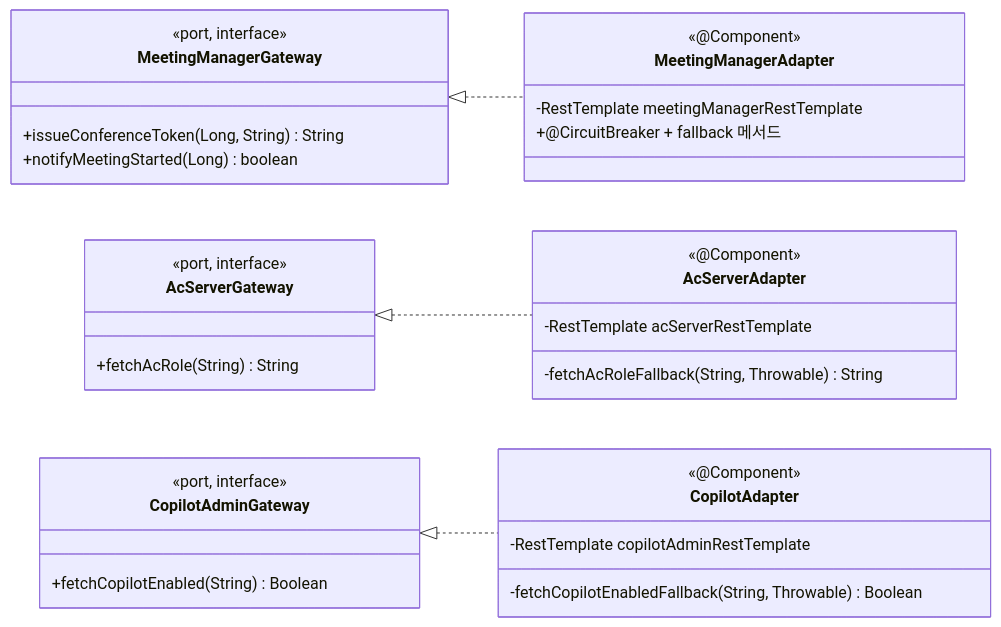
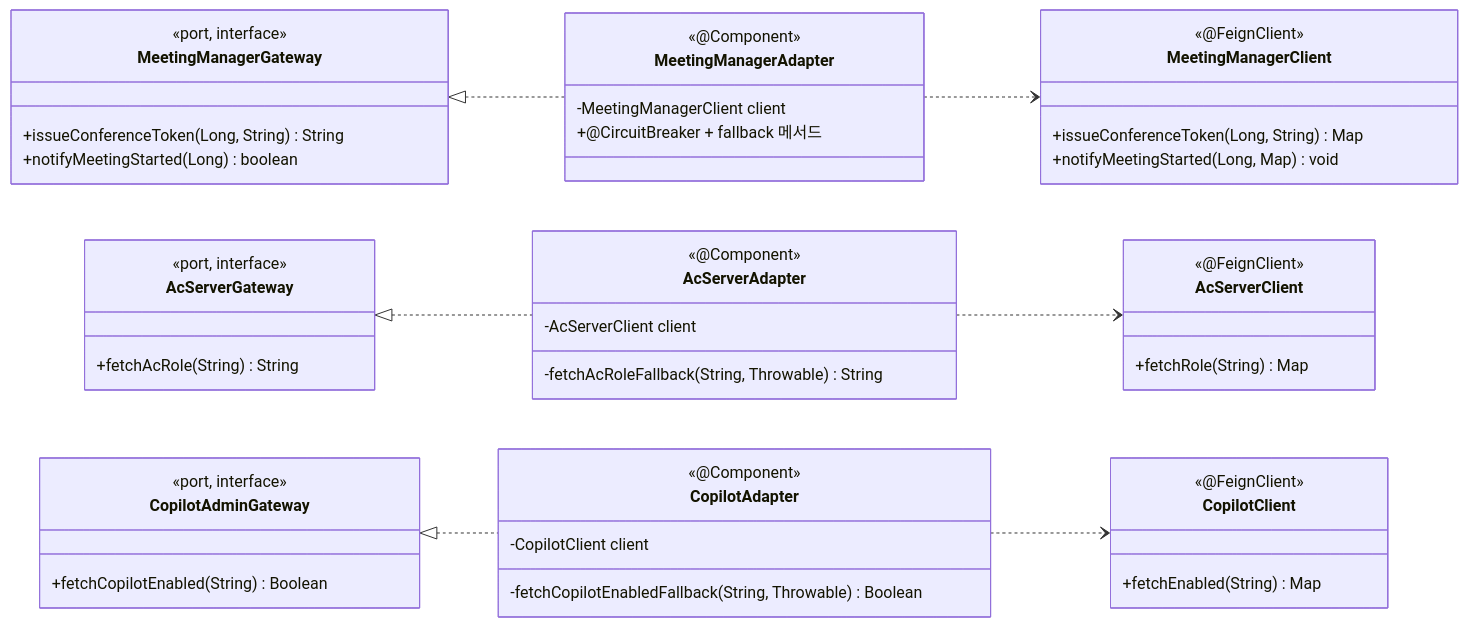
One commit to sujinnkim/A_Personal changed the diagram in docs/05-architecture-design/4.2-execution/4.2.2-module-view/4.2.2.4-integration.md. Above: the diagram before and after it, drawn with Mermaid. The commit also changed other lines of this file and 25 other files, not shown here.

First line of the commit message:
refactor: 외부 호출 RestTemplate → Feign 전면 정합 (A1, C-01 스택 유지)

````diff
--- a/docs/05-architecture-design/4.2-execution/4.2.2-module-view/4.2.2.4-integration.md
+++ b/docs/05-architecture-design/4.2-execution/4.2.2-module-view/4.2.2.4-integration.md
@@ -21,35 +21,51 @@
 ```mermaid
 classDiagram
     direction LR
     class MeetingManagerGateway {
         <<port, interface>>
         +issueConferenceToken(Long, String) String
         +notifyMeetingStarted(Long) boolean
     }
     class MeetingManagerAdapter {
         <<@Component>>
-        -RestTemplate meetingManagerRestTemplate
+        -MeetingManagerClient client
         +@CircuitBreaker + fallback 메서드
+    }
+    class MeetingManagerClient {
+        <<@FeignClient>>
+        +issueConferenceToken(Long, String) Map
+        +notifyMeetingStarted(Long, Map) void
     }
     class AcServerGateway {
         <<port, interface>>
         +fetchAcRole(String) String
     }
     class AcServerAdapter {
         <<@Component>>
-        -RestTemplate acServerRestTemplate
+        -AcServerClient client
         -fetchAcRoleFallback(String, Throwable) String
+    }
+    class AcServerClient {
+        <<@FeignClient>>
+        +fetchRole(String) Map
     }
     class CopilotAdminGateway {
         <<port, interface>>
         +fetchCopilotEnabled(String) Boolean
     }
     class CopilotAdapter {
         <<@Component>>
-        -RestTemplate copilotAdminRestTemplate
+        -CopilotClient client
         -fetchCopilotEnabledFallback(String, Throwable) Boolean
+    }
+    class CopilotClient {
+        <<@FeignClient>>
+        +fetchEnabled(String) Map
     }
     MeetingManagerGateway <|.. MeetingManagerAdapter
     AcServerGateway <|.. AcServerAdapter
     CopilotAdminGateway <|.. CopilotAdapter
+    MeetingManagerAdapter ..> MeetingManagerClient
+    AcServerAdapter ..> AcServerClient
+    CopilotAdapter ..> CopilotClient
 ```
````
